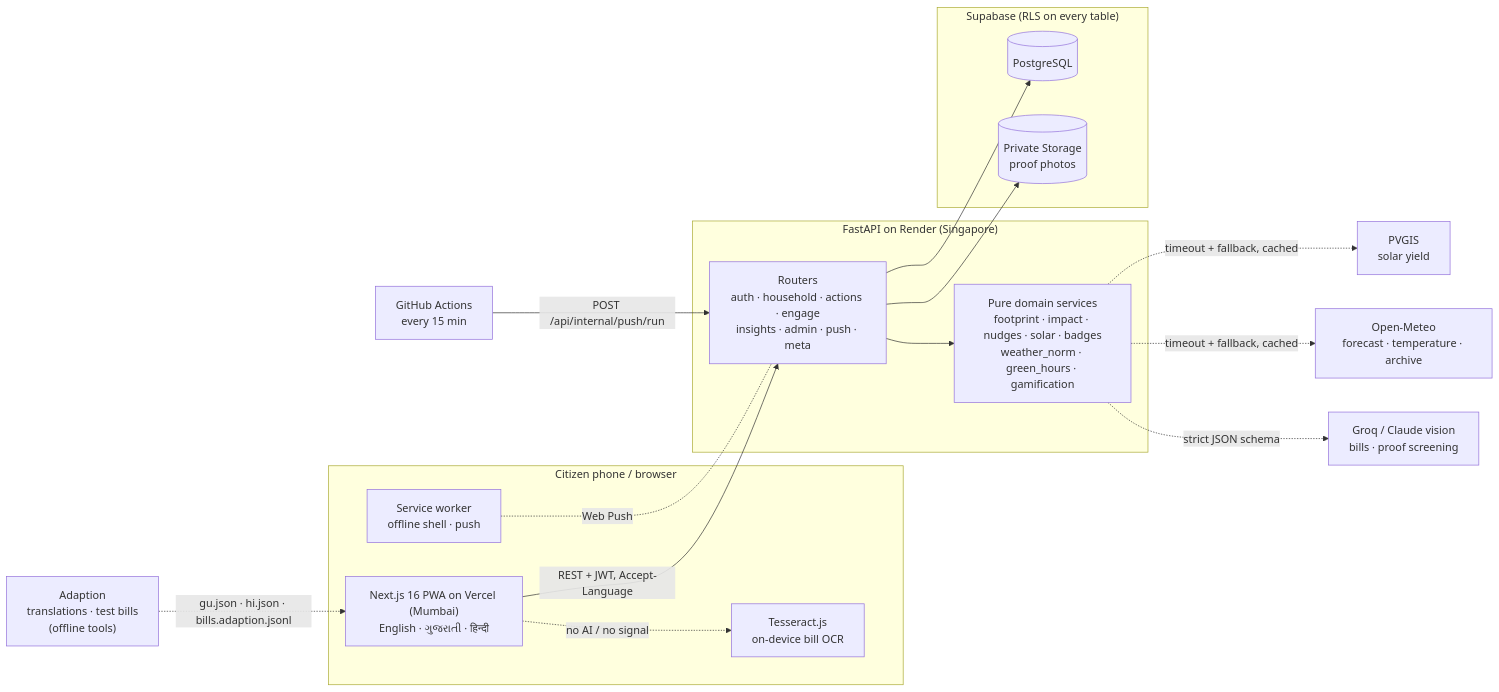
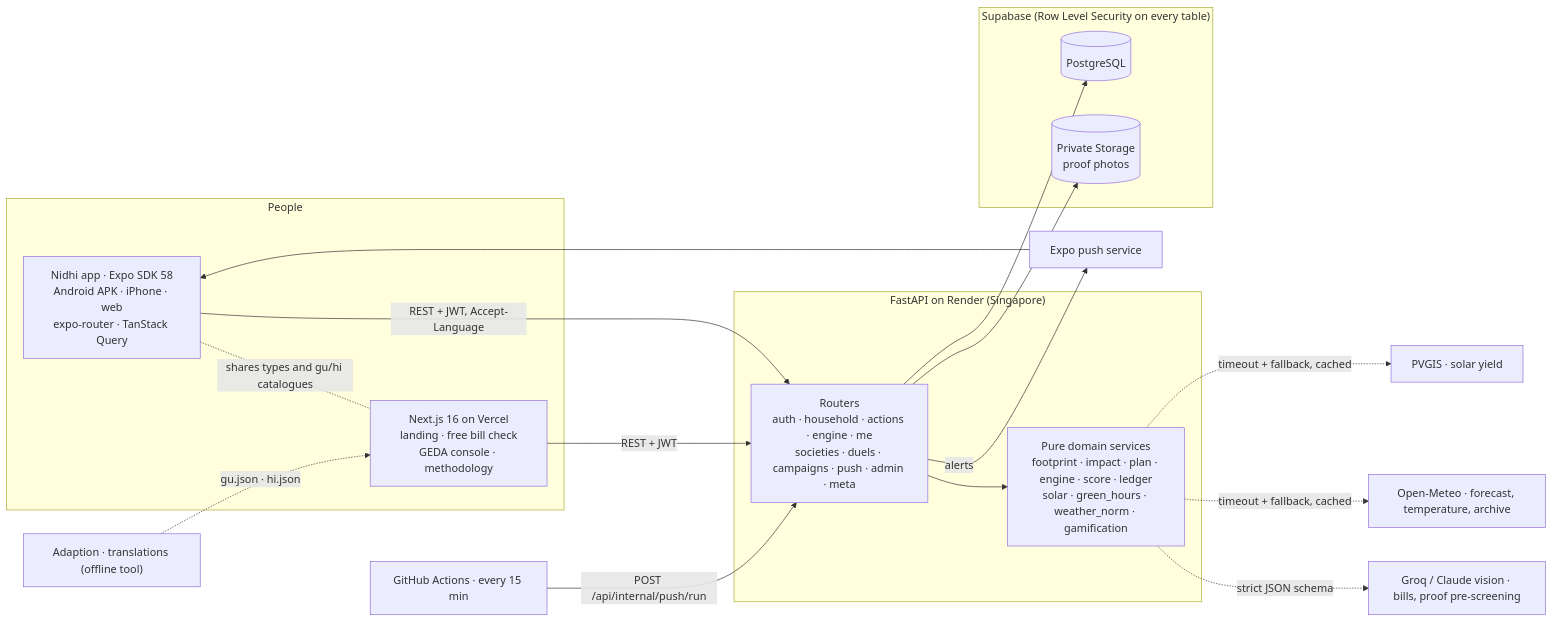
Before and after one commit to neevmodh/LiFEline: the first of 2 diagrams in README.md, drawn with Mermaid. The commit also changed other lines of this file and 4 other files, not shown here.

````diff
--- a/README.md
+++ b/README.md
@@ -191,33 +74,34 @@
 ```mermaid
 flowchart LR
-    subgraph Phone["Citizen phone / browser"]
-        W["Next.js 16 PWA on Vercel (Mumbai)<br/>English · ગુજરાતી · हिन्दी"]
-        SW["Service worker<br/>offline shell · push"]
-        OCR["Tesseract.js<br/>on-device bill OCR"]
+    subgraph People
+        APP["Nidhi app · Expo SDK 58<br/>Android APK · iPhone · web<br/>expo-router · TanStack Query"]
+        WEB["Next.js 16 on Vercel<br/>landing · free bill check<br/>GEDA console · methodology"]
     end
     subgraph Render["FastAPI on Render (Singapore)"]
-        R["Routers<br/>auth · household · actions · engage<br/>insights · admin · push · meta"]
-        S["Pure domain services<br/>footprint · impact · nudges · solar · badges<br/>weather_norm · green_hours · gamification"]
+        R["Routers<br/>auth · household · actions · engine · me<br/>societies · duels · campaigns · push · admin · meta"]
+        S["Pure domain services<br/>footprint · impact · plan · engine · score · ledger<br/>solar · green_hours · weather_norm · gamification"]
         R --> S
     end
-    subgraph Supabase["Supabase (RLS on every table)"]
+    subgraph Supabase["Supabase (Row Level Security on every table)"]
         DB[("PostgreSQL")]
         ST[("Private Storage<br/>proof photos")]
     end
-    PV["PVGIS<br/>solar yield"]
-    OM["Open-Meteo<br/>forecast · temperature · archive"]
-    AI["Groq / Claude vision<br/>bills · proof screening"]
-    GH["GitHub Actions<br/>every 15 min"]
-    AD["Adaption<br/>translations · test bills<br/>(offline tools)"]
+    PV["PVGIS · solar yield"]
+    OM["Open-Meteo · forecast, temperature, archive"]
+    AI["Groq / Claude vision · bills, proof pre-screening"]
+    EXPO["Expo push service"]
+    GH["GitHub Actions · every 15 min"]
+    AD["Adaption · translations (offline tool)"]
 
-    W -- "REST + JWT, Accept-Language" --> R
-    W -. "no AI / no signal" .-> OCR
-    SW -. "Web Push" .- R
+    APP -- "REST + JWT, Accept-Language" --> R
+    WEB -- "REST + JWT" --> R
+    APP -. "shares types and gu/hi catalogues" .- WEB
     GH -- "POST /api/internal/push/run" --> R
+    R -- "alerts" --> EXPO --> APP
     R --> DB
     R --> ST
     S -. "timeout + fallback, cached" .-> PV
     S -. "timeout + fallback, cached" .-> OM
     S -. "strict JSON schema" .-> AI
-    AD -. "gu.json · hi.json · bills.adaption.jsonl" .-> W
+    AD -. "gu.json · hi.json" .-> WEB
 ```
````
